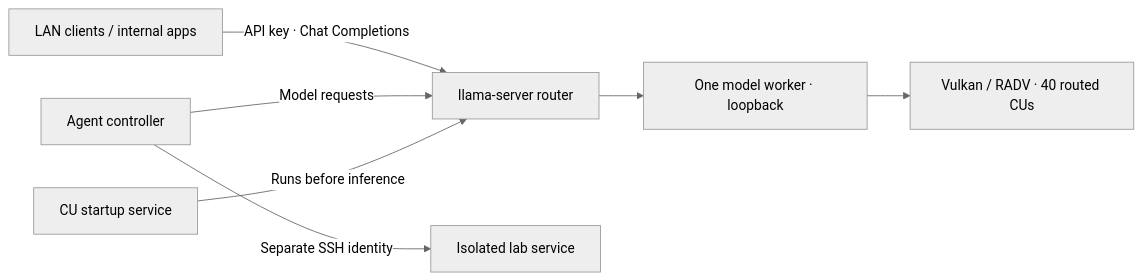
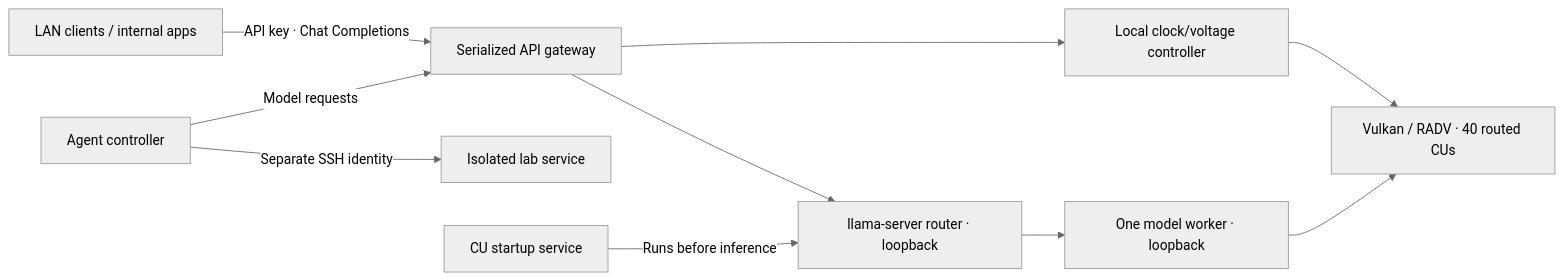
The diagram in README.md (setnev/bc250), drawn with Mermaid (neutral theme) before and after one commit. The commit also changed other lines of this file and 48 other files, not shown here.

Commit message:
feat: select tested BC250 clock profiles per API model

````diff
--- a/README.md
+++ b/README.md
@@ -108,9 +116,12 @@
 ```mermaid
 flowchart LR
-    C[LAN clients / internal apps] -->|API key · Chat Completions| R[llama-server router]
+    C[LAN clients / internal apps] -->|API key · Chat Completions| G[Serialized API gateway]
+    G --> R[llama-server router · loopback]
+    G --> P[Local clock/voltage controller]
+    P --> V
     R --> W[One model worker · loopback]
     W --> V[Vulkan / RADV · 40 routed CUs]
-    A[Agent controller] -->|Model requests| R
+    A[Agent controller] -->|Model requests| G
     A -->|Separate SSH identity| L[Isolated lab service]
     U[CU startup service] -->|Runs before inference| R
 ```
````
